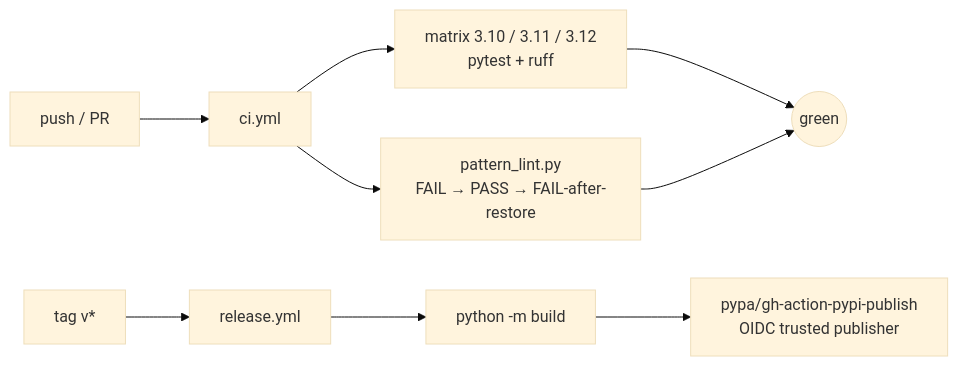
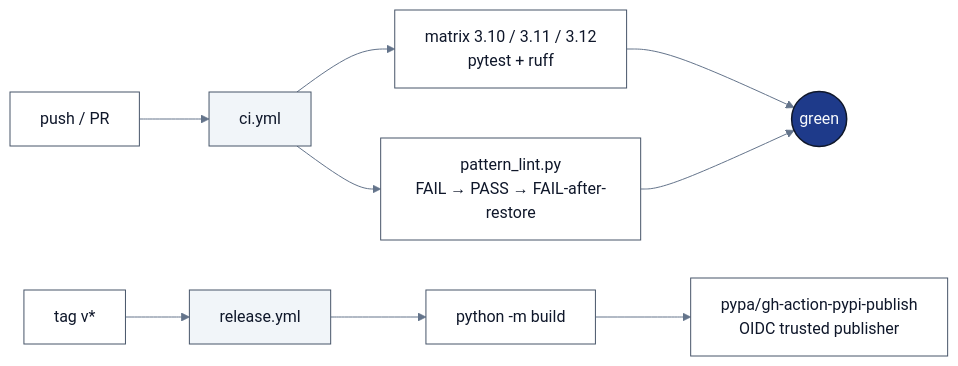
Before and after one commit to viditkbhatnagar/immunize: diagram 14 of 14 in README.md, drawn with Mermaid. The commit also changed other lines of this file, not shown here.

First line of the commit message:
Redesign README mermaid diagrams with corporate styling

````diff
--- a/README.md
+++ b/README.md
@@ -759,11 +829,16 @@
 ```mermaid
-%%{init: {'theme':'base'}}%%
+%%{init: {'theme':'base', 'themeVariables': {'fontFamily':'Inter, system-ui, -apple-system, sans-serif', 'primaryTextColor':'#0f172a', 'lineColor':'#64748b'}}}%%
 flowchart LR
-    Push[push / PR] --> CI[ci.yml]
-    Tag[tag v*] --> Rel[release.yml]
-    CI --> Test[matrix 3.10 / 3.11 / 3.12<br/>pytest + ruff]
-    CI --> PLint[pattern_lint.py<br/>FAIL → PASS → FAIL-after-restore]
-    Test & PLint --> Green((green))
-    Rel --> Build[python -m build]
-    Build --> Pub[pypa/gh-action-pypi-publish<br/>OIDC trusted publisher]
+    classDef trig fill:#ffffff,stroke:#475569,stroke-width:1px,color:#0f172a
+    classDef job fill:#f1f5f9,stroke:#475569,stroke-width:1px,color:#0f172a
+    classDef step fill:#ffffff,stroke:#475569,stroke-width:1px,color:#0f172a
+    classDef ok fill:#1e3a8a,stroke:#0f172a,stroke-width:1.5px,color:#f8fafc
+
+    Push["push / PR"]:::trig --> CI["ci.yml"]:::job
+    Tag["tag v*"]:::trig --> Rel["release.yml"]:::job
+    CI --> Test["matrix 3.10 / 3.11 / 3.12<br/>pytest + ruff"]:::step
+    CI --> PLint["pattern_lint.py<br/>FAIL → PASS → FAIL-after-restore"]:::step
+    Test & PLint --> Green(("green")):::ok
+    Rel --> Build["python -m build"]:::step
+    Build --> Pub["pypa/gh-action-pypi-publish<br/>OIDC trusted publisher"]:::step
 ```
````
